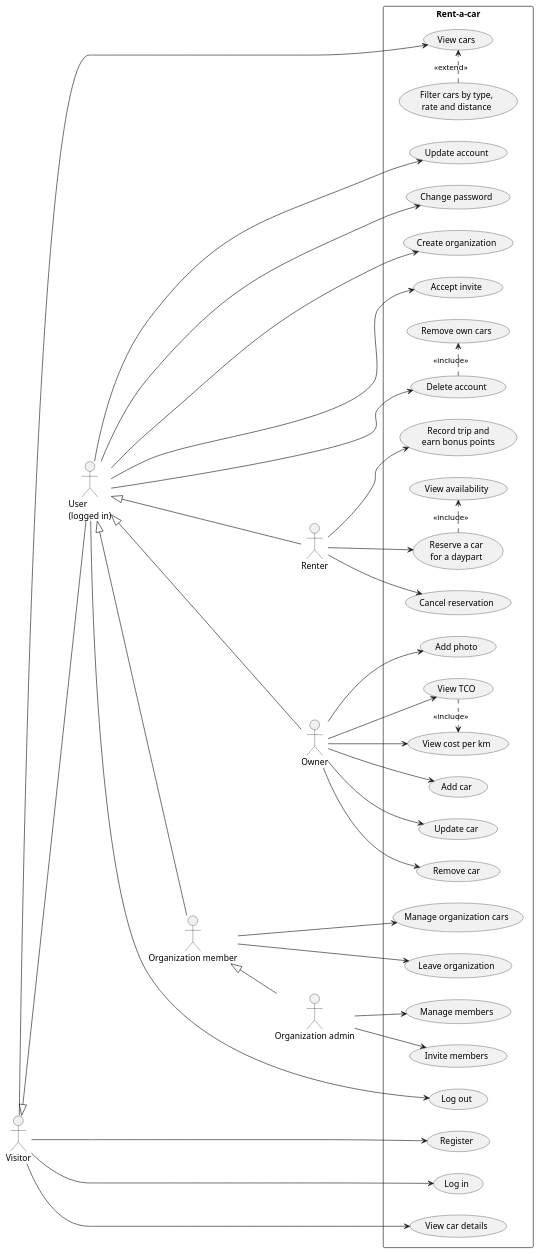
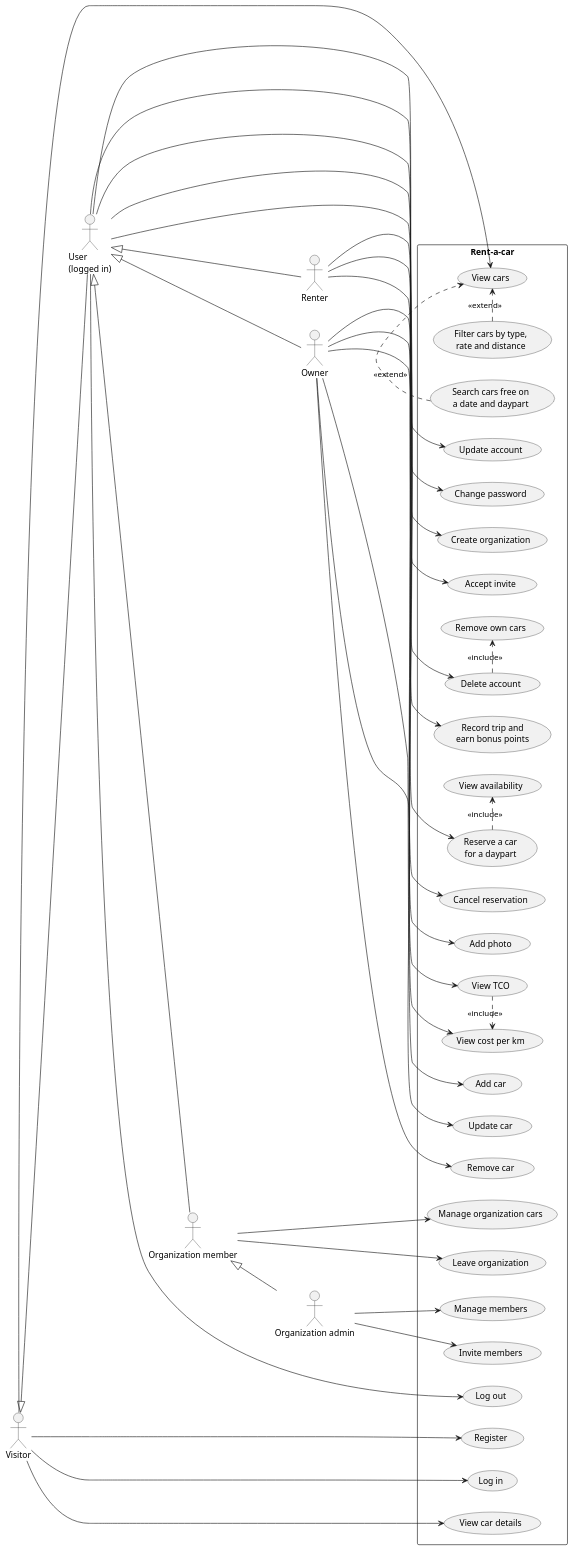
Before and after one commit to Rent-a-car-38291/rent-a-car: the diagram in docs/diagrams/use-cases.puml, drawn with PlantUML. The commit also changed 11 other files, not shown here.

First line of the commit message:
feat: search cars that are free on a date and daypart (#106)

```diff
--- a/docs/diagrams/use-cases.puml
+++ b/docs/diagrams/use-cases.puml
@@ -1,83 +1,85 @@
 @startuml
 ' Use cases from the GitHub issues. Organization use cases are extras.
 left to right direction
 
 actor Visitor
 actor "User\n(logged in)" as User
 actor Renter
 actor Owner
 actor "Organization member" as Member
 actor "Organization admin" as Admin
 
 Visitor <|-- User
 User <|-- Renter
 User <|-- Owner
 User <|-- Member
 Member <|-- Admin
 
 rectangle "Rent-a-car" {
   usecase "Register" as UC_Register
   usecase "Log in" as UC_Login
   usecase "View cars" as UC_ViewCars
   usecase "Filter cars by type,\nrate and distance" as UC_Filter
+  usecase "Search cars free on\na date and daypart" as UC_FreeSearch
   usecase "View car details" as UC_Details
 
   usecase "Log out" as UC_Logout
   usecase "Update account" as UC_UpdateAccount
   usecase "Change password" as UC_ChangePassword
   usecase "Delete account" as UC_DeleteAccount
   usecase "Remove own cars" as UC_RemoveOwnCars
   usecase "Create organization" as UC_CreateOrg
 
   usecase "Reserve a car\nfor a daypart" as UC_Reserve
   usecase "View availability" as UC_Availability
   usecase "Cancel reservation" as UC_Cancel
   usecase "Record trip and\nearn bonus points" as UC_Trip
 
   usecase "Add car" as UC_AddCar
   usecase "Update car" as UC_UpdateCar
   usecase "Remove car" as UC_RemoveCar
   usecase "Add photo" as UC_Photo
   usecase "View cost per km" as UC_CostPerKm
   usecase "View TCO" as UC_Tco
 
   usecase "Accept invite" as UC_Accept
   usecase "Manage organization cars" as UC_OrgCars
   usecase "Leave organization" as UC_Leave
   usecase "Invite members" as UC_Invite
   usecase "Manage members" as UC_Members
 }
 
 Visitor --> UC_Register
 Visitor --> UC_Login
 Visitor --> UC_ViewCars
 Visitor --> UC_Details
 UC_Filter .> UC_ViewCars : <<extend>>
+UC_FreeSearch .> UC_ViewCars : <<extend>>
 
 User --> UC_Logout
 User --> UC_UpdateAccount
 User --> UC_ChangePassword
 User --> UC_DeleteAccount
 User --> UC_CreateOrg
 User --> UC_Accept
 UC_DeleteAccount .> UC_RemoveOwnCars : <<include>>
 
 Renter --> UC_Reserve
 Renter --> UC_Cancel
 Renter --> UC_Trip
 UC_Reserve .> UC_Availability : <<include>>
 
 Owner --> UC_AddCar
 Owner --> UC_UpdateCar
 Owner --> UC_RemoveCar
 Owner --> UC_Photo
 Owner --> UC_CostPerKm
 Owner --> UC_Tco
 UC_Tco .> UC_CostPerKm : <<include>>
 
 Member --> UC_OrgCars
 Member --> UC_Leave
 Admin --> UC_Invite
 Admin --> UC_Members
 
 @enduml
```
